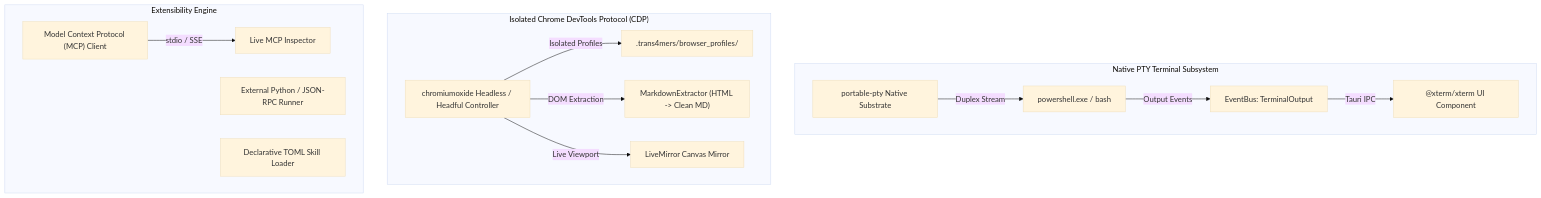
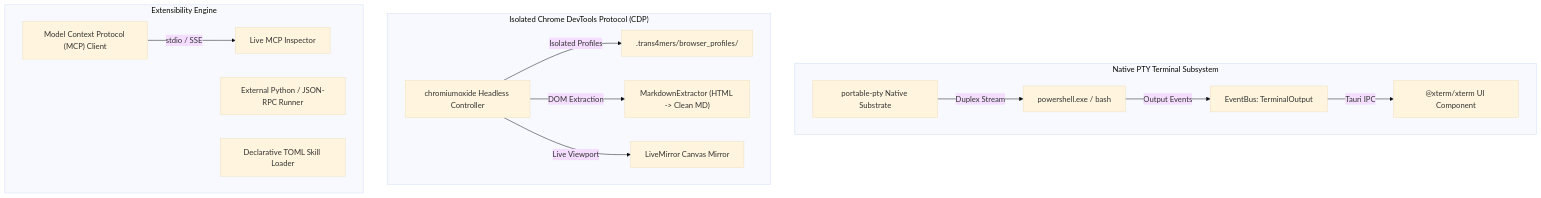
One commit to abhayzangir1/trans4mer changed the seventh of 8 diagrams in docs/ARCHITECTURE.md. Above: the diagram before and after it, drawn with Mermaid (base theme). The commit also changed other lines of this file and 8 other files, not shown here.

Commit message:
docs: reverse-engineer comprehensive PRD, TRD, master architecture and 5 granular subsystem specifications

````diff
--- a/docs/ARCHITECTURE.md
+++ b/docs/ARCHITECTURE.md
@@ -380,23 +238,23 @@
 ```mermaid
 flowchart TD
     subgraph PTY ["Native PTY Terminal Subsystem"]
         PtySystem["portable-pty Native Substrate"]
         PtySystem -->|Duplex Stream| ShellProcess["powershell.exe / bash"]
         ShellProcess -->|Output Events| EventBus["EventBus: TerminalOutput"]
         EventBus -->|Tauri IPC| Xterm["@xterm/xterm UI Component"]
     end
 
     subgraph CDP ["Isolated Chrome DevTools Protocol (CDP)"]
-        Chromium["chromiumoxide Headless / Headful Controller"]
+        Chromium["chromiumoxide Headless Controller"]
         Chromium -->|Isolated Profiles| Profiles[".trans4mers/browser_profiles/<space_id>"]
         Chromium -->|DOM Extraction| Markdown["MarkdownExtractor (HTML -> Clean MD)"]
         Chromium -->|Live Viewport| LiveMirror["LiveMirror Canvas Mirror"]
     end
 
     subgraph Ext ["Extensibility Engine"]
         MCP["Model Context Protocol (MCP) Client"]
         Plugins["External Python / JSON-RPC Runner"]
         Skills["Declarative TOML Skill Loader"]
         MCP -->|stdio / SSE| McpInspector["Live MCP Inspector"]
     end
 ```
````
